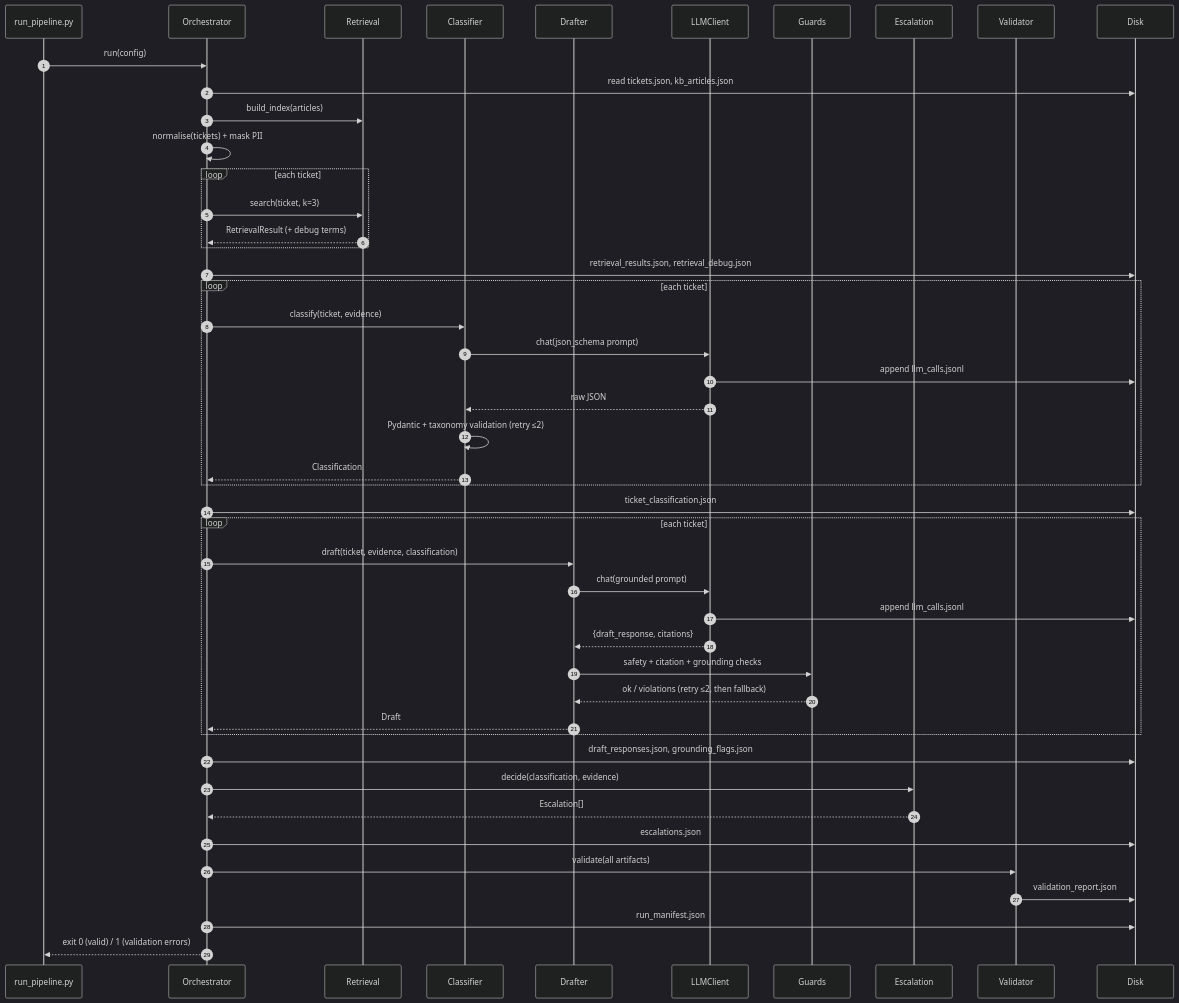
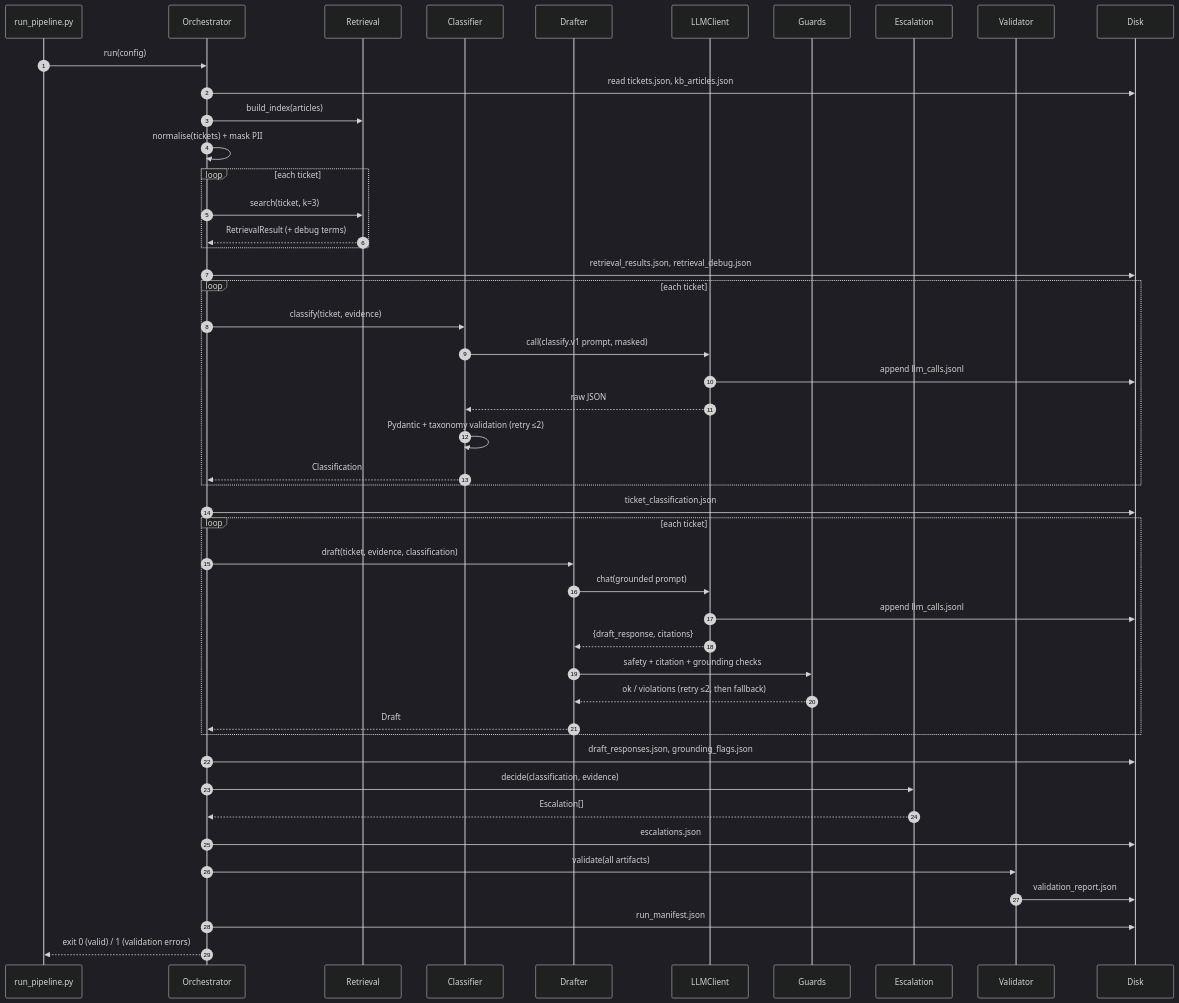
One commit to nadeemcite/support-ticket-pipeline changed the fourth of 13 diagrams in DESIGN.md. Above: the diagram before and after it, drawn with Mermaid (dark theme). The commit also changed other lines of this file and 34 other files, not shown here.

````diff
--- a/DESIGN.md
+++ b/DESIGN.md
@@ -182,54 +182,54 @@
 ```mermaid
 sequenceDiagram
     autonumber
     participant CLI as run_pipeline.py
     participant O as Orchestrator
     participant R as Retrieval
     participant C as Classifier
     participant D as Drafter
     participant L as LLMClient
     participant G as Guards
     participant E as Escalation
     participant V as Validator
     participant FS as Disk
 
     CLI->>O: run(config)
     O->>FS: read tickets.json, kb_articles.json
     O->>R: build_index(articles)
     O->>O: normalise(tickets) + mask PII
     loop each ticket
         O->>R: search(ticket, k=3)
         R-->>O: RetrievalResult (+ debug terms)
     end
     O->>FS: retrieval_results.json, retrieval_debug.json
 
     loop each ticket
         O->>C: classify(ticket, evidence)
-        C->>L: chat(json_schema prompt)
+        C->>L: call(classify.v1 prompt, masked)
         L->>FS: append llm_calls.jsonl
         L-->>C: raw JSON
         C->>C: Pydantic + taxonomy validation (retry ≤2)
         C-->>O: Classification
     end
     O->>FS: ticket_classification.json
 
     loop each ticket
         O->>D: draft(ticket, evidence, classification)
         D->>L: chat(grounded prompt)
         L->>FS: append llm_calls.jsonl
         L-->>D: {draft_response, citations}
         D->>G: safety + citation + grounding checks
         G-->>D: ok / violations (retry ≤2, then fallback)
         D-->>O: Draft
     end
     O->>FS: draft_responses.json, grounding_flags.json
 
     O->>E: decide(classification, evidence)
     E-->>O: Escalation[]
     O->>FS: escalations.json
 
     O->>V: validate(all artifacts)
     V->>FS: validation_report.json
     O->>FS: run_manifest.json
     O-->>CLI: exit 0 (valid) / 1 (validation errors)
 ```
````
